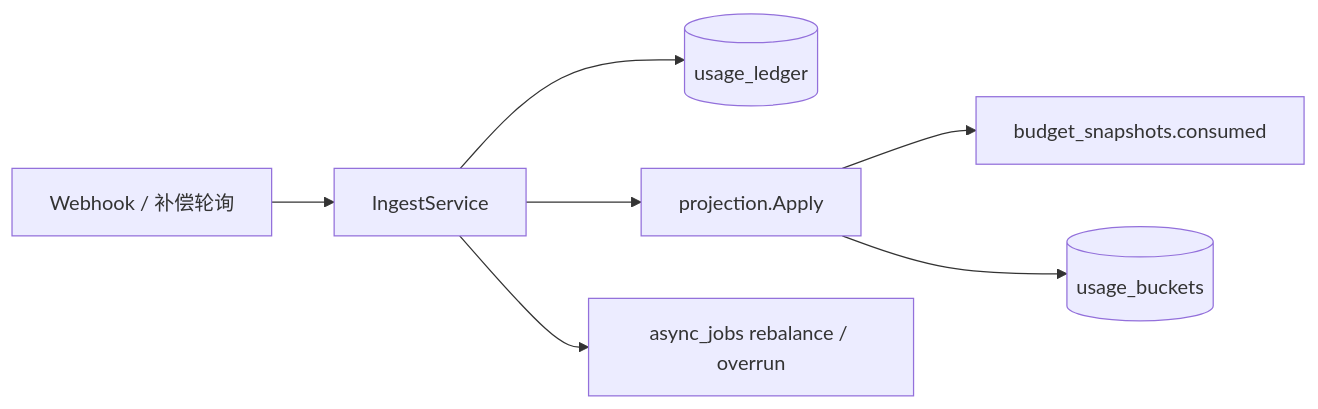
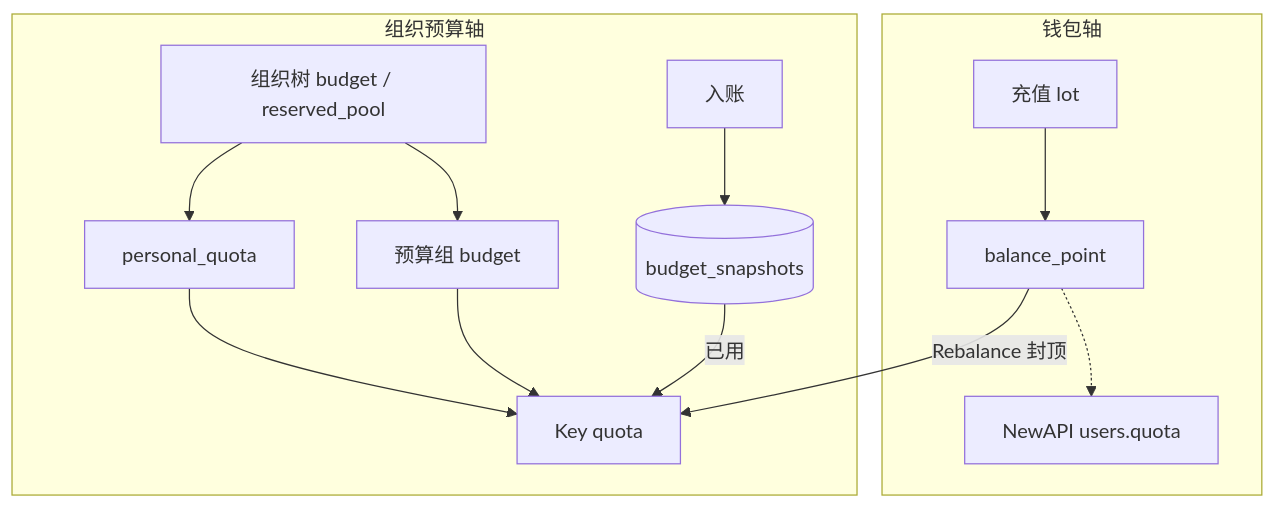
Before and after one commit to quyip8818/mytokenjoy: the second of 9 diagrams in docs/Backend-预算.md, drawn with Mermaid. The commit also changed other lines of this file and 40 other files, not shown here.

````diff
--- a/docs/Backend-预算.md
+++ b/docs/Backend-预算.md
@@ -65,9 +64,19 @@
 ```mermaid
-flowchart LR
-  WH[Webhook / 补偿轮询] --> ING[IngestService]
-  ING --> UL[(usage_ledger)]
-  ING --> PROJ[projection.Apply]
-  PROJ --> SNAP[budget_snapshots.consumed]
-  PROJ --> UB[(usage_buckets)]
-  ING --> Q[async_jobs rebalance / overrun]
+flowchart TB
+  subgraph wallet [钱包轴]
+    LOT[充值 lot] --> BAL[balance_point]
+    BAL -.-> NA_W[NewAPI users.quota]
+  end
+
+  subgraph org [组织预算轴]
+    TREE[组织树 budget / reserved_pool]
+    TREE --> MEM[personal_quota]
+    TREE --> BG[预算组 budget]
+    MEM & BG --> PK[Key quota]
+    SNAP[(budget_snapshots)]
+    ING[入账] --> SNAP
+  end
+
+  BAL -->|Rebalance 封顶| PK
+  SNAP -->|已用| PK
 ```
````
